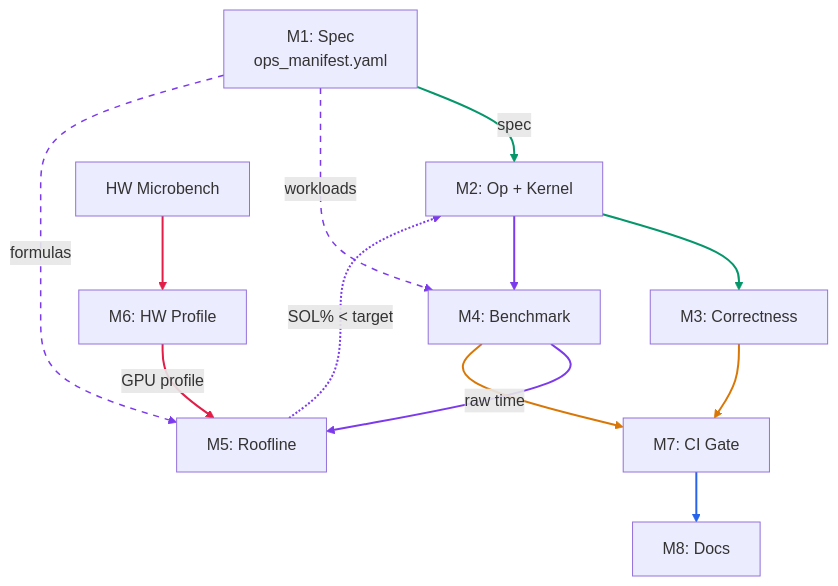
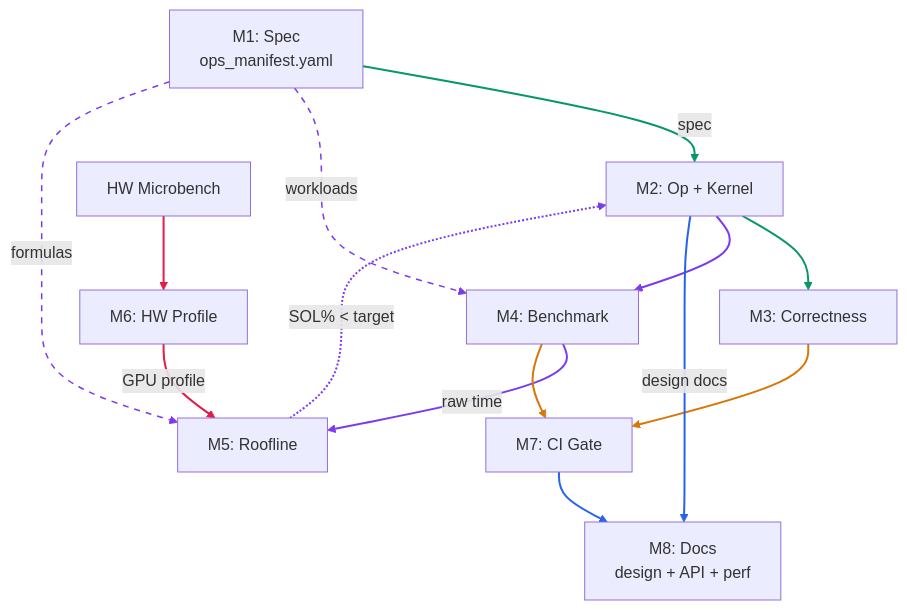
Before and after one commit to tile-ai/TileOPs: the diagram in docs/architecture.md, drawn with Mermaid. The commit also changed other lines of this file, not shown here.

First line of the commit message:
[Doc] Broaden M8 scope to include design docs from agent development

````diff
--- a/docs/architecture.md
+++ b/docs/architecture.md
@@ -13,37 +13,38 @@
 ```mermaid
 graph TD
     M1["M1: Spec<br/>ops_manifest.yaml"]
     M2["M2: Op + Kernel"]
     M3["M3: Correctness"]
     M4["M4: Benchmark"]
     M5["M5: Roofline"]
     M6["M6: HW Profile"]
     HW["HW Microbench"]
     M7["M7: CI Gate"]
-    M8["M8: Docs"]
+    M8["M8: Docs<br/>design + API + perf"]
 
     M1 -- "spec" --> M2
     M1 -- "workloads" --> M4
     M1 -- "formulas" --> M5
     M2 --> M3
 
     M2 --> M4
     M4 -- "raw time" --> M5
     M5 -. "SOL% < target" .-> M2
 
     HW --> M6
     M6 -- "GPU profile" --> M5
 
     M3 --> M7
     M4 --> M7
 
+    M2 -- "design docs" --> M8
     M7 --> M8
 
     linkStyle 0 stroke:#059669,stroke-width:2px
     linkStyle 1,2 stroke:#7c3aed,stroke-width:1.5px,stroke-dasharray:6
     linkStyle 3 stroke:#059669,stroke-width:2px
     linkStyle 4,5,6 stroke:#7c3aed,stroke-width:2px
     linkStyle 7,8 stroke:#e11d48,stroke-width:2px
     linkStyle 9,10 stroke:#d97706,stroke-width:2px
-    linkStyle 11 stroke:#2563eb,stroke-width:2px
+    linkStyle 11,12 stroke:#2563eb,stroke-width:2px
 ```
````
